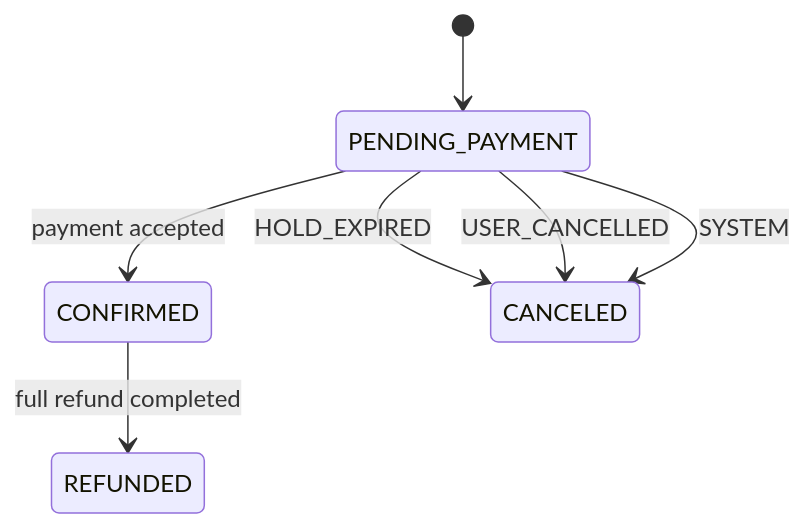
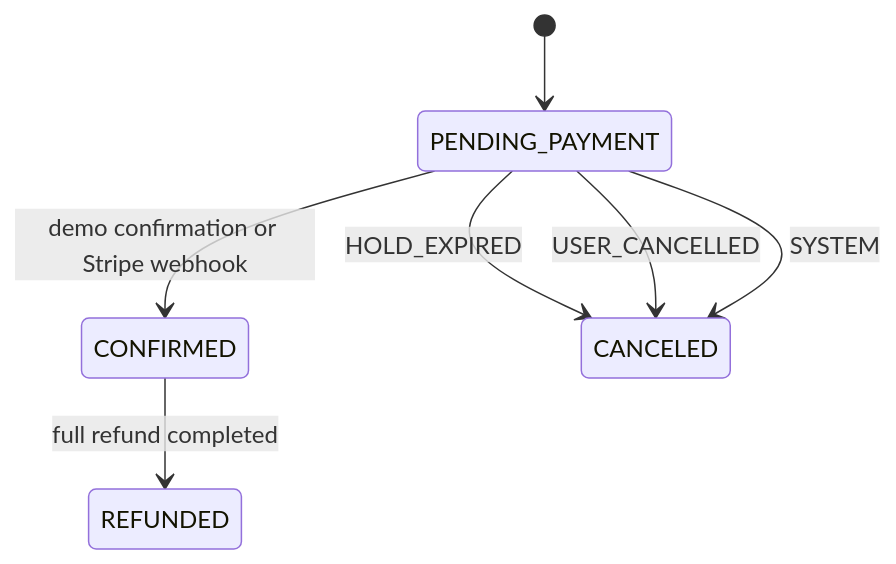
The second of 3 diagrams in docs/DOMAIN.md (juanjosechiroque/directstay-mobile), drawn with Mermaid before and after one commit. The commit also changed other lines of this file and 27 other files, not shown here.

Commit message:
feat: complete guest booking flow with demo payment

````diff
--- a/docs/DOMAIN.md
+++ b/docs/DOMAIN.md
@@ -174,9 +177,9 @@
 ```mermaid
 stateDiagram-v2
     [*] --> PENDING_PAYMENT
-    PENDING_PAYMENT --> CONFIRMED: payment accepted
+    PENDING_PAYMENT --> CONFIRMED: demo confirmation or Stripe webhook
     PENDING_PAYMENT --> CANCELED: HOLD_EXPIRED
     PENDING_PAYMENT --> CANCELED: USER_CANCELLED
     PENDING_PAYMENT --> CANCELED: SYSTEM
     CONFIRMED --> REFUNDED: full refund completed
 ```
````
